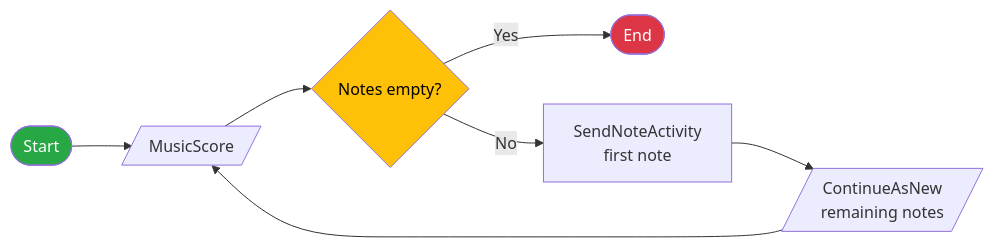
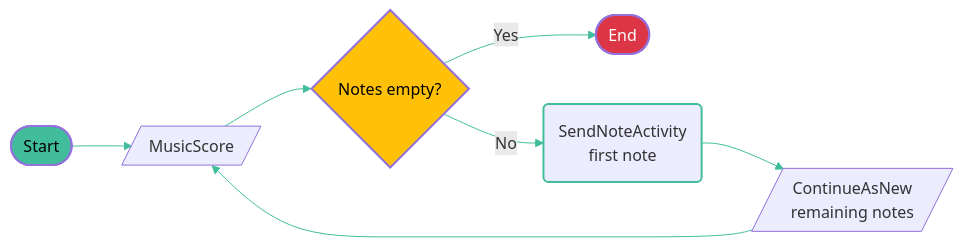
Before and after one commit to diagrid-labs/dapr-workflow-concerto: the diagram in .demo/slides/03-tech-setup/04b-music-workflow-v3-diagram.md, drawn with Mermaid. The commit also changed 8 other files, not shown here.

Commit message:
Update mermaid styles

````diff
--- a/.demo/slides/03-tech-setup/04b-music-workflow-v3-diagram.md
+++ b/.demo/slides/03-tech-setup/04b-music-workflow-v3-diagram.md
@@ -7,15 +7,17 @@
 ```mermaid
 flowchart LR
     Start([Start]) --> Input[/MusicScore/]
     Input --> Empty{Notes empty?}
     Empty -->|Yes| Complete([End])
-    Empty -->|No| Activity[SendNoteActivity
-    first note]
+    Empty -->|No| Activity(SendNoteActivity
+    first note)
     Activity --> ContinueAsNew[/ContinueAsNew
     remaining notes/]
     ContinueAsNew --> Input
 
-    style Start fill:#28a745,color:#ffffff
-    style Complete fill:#dc3545,color:#ffffff
-    style Empty fill:#ffc107,color:#000000
+    style Start fill:#41bd9b,color:#000000,stroke-width:2px
+    style Complete fill:#dc3545,color:#ffffff,stroke-width:2px
+    style Empty fill:#ffc107,color:#000000,stroke-width:2px
+    style Activity stroke:#41bd9b,stroke-width:2px
+    linkStyle default stroke:#41bd9b,stroke-width:1px
 ```
````
